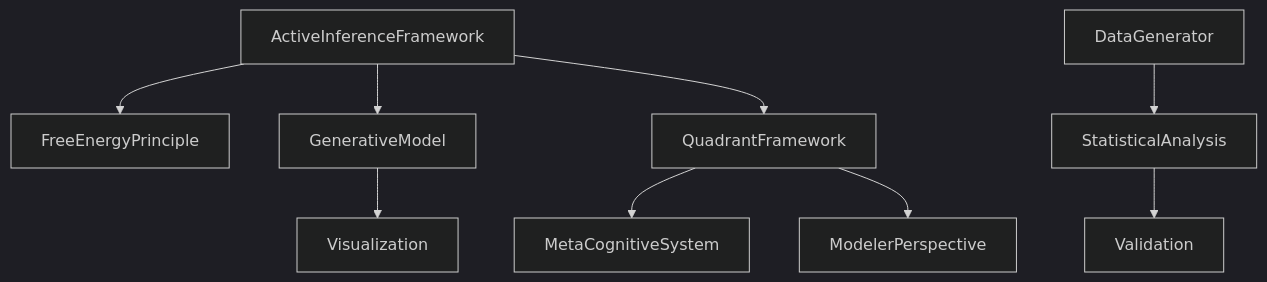
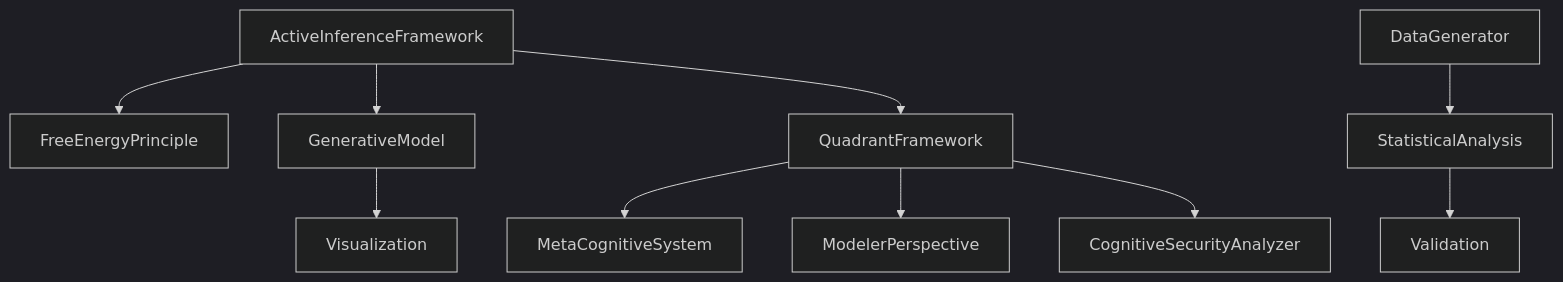
Before and after one commit to docxology/template: the diagram in projects_archive/active_inference_meta_pragmatic/PAI.md, drawn with Mermaid (dark theme). The commit also changed other lines of this file and 738 other files, not shown here.

````diff
--- a/projects_archive/active_inference_meta_pragmatic/PAI.md
+++ b/projects_archive/active_inference_meta_pragmatic/PAI.md
@@ -9,11 +9,12 @@
 ```mermaid
 graph TD
     A[ActiveInferenceFramework] --> B[FreeEnergyPrinciple]
     A --> C[GenerativeModel]
     A --> D[QuadrantFramework]
     D --> E[MetaCognitiveSystem]
     D --> F[ModelerPerspective]
+    D --> K[CognitiveSecurityAnalyzer]
     G[DataGenerator] --> H[StatisticalAnalysis]
     H --> I[Validation]
     C --> J[Visualization]
 ```
````
